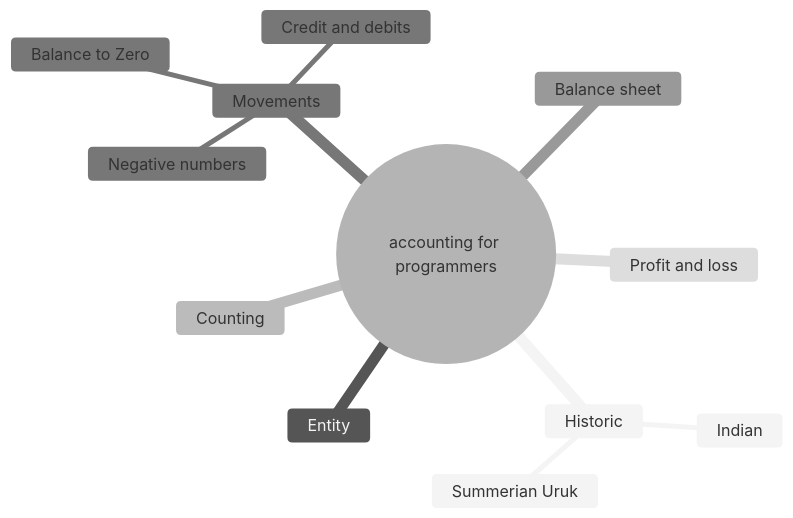
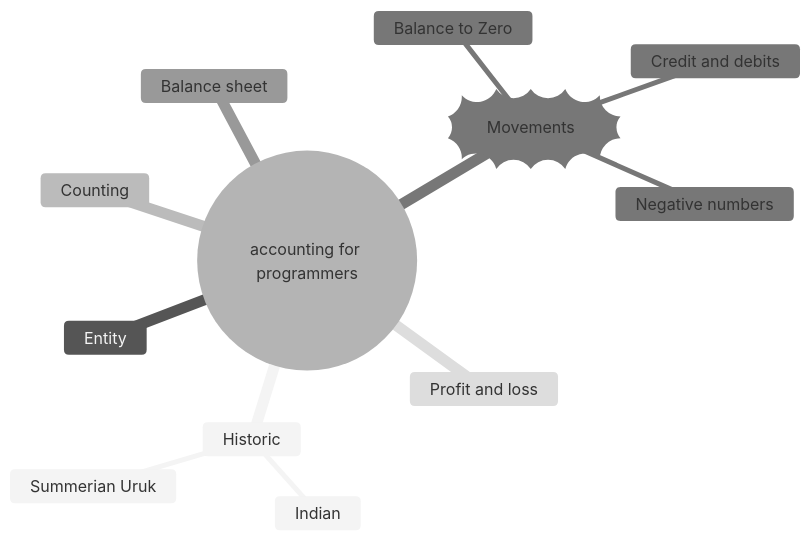
The diagram in content/posts/Accounting for programmers/_Plan/_index.md (drummonds/bytestoneblog), drawn with Mermaid (neutral theme) before and after one commit. The commit also changed other lines of this file and 36 other files, not shown here.

```diff
--- a/content/posts/Accounting for programmers/_Plan/_index.md
+++ b/content/posts/Accounting for programmers/_Plan/_index.md
@@ -12,15 +25,15 @@
 {{< mermaid >}}
 mindmap
   afp((accounting for programmers))
     Historic
       Summerian Uruk
       Indian
     Entity
     Counting
-    Movements
+    M))Movements((
       Balance to Zero
       Credit and debits
       Negative numbers
     Balance sheet
     Profit and loss
 {{< /mermaid >}}
```
